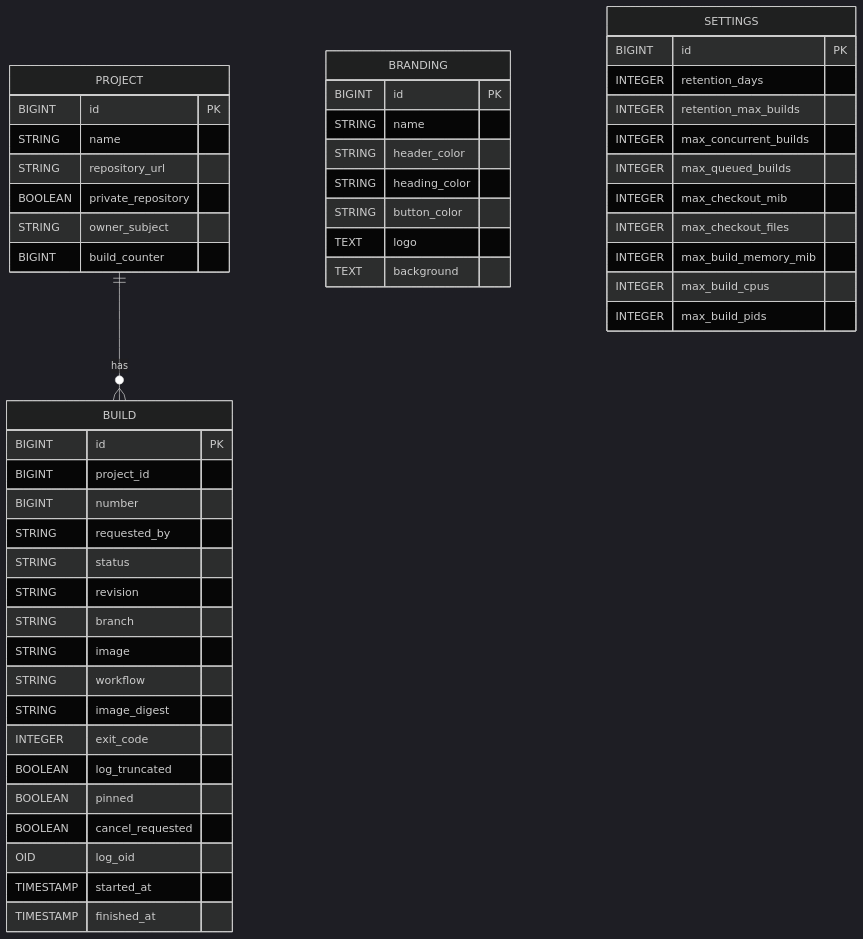
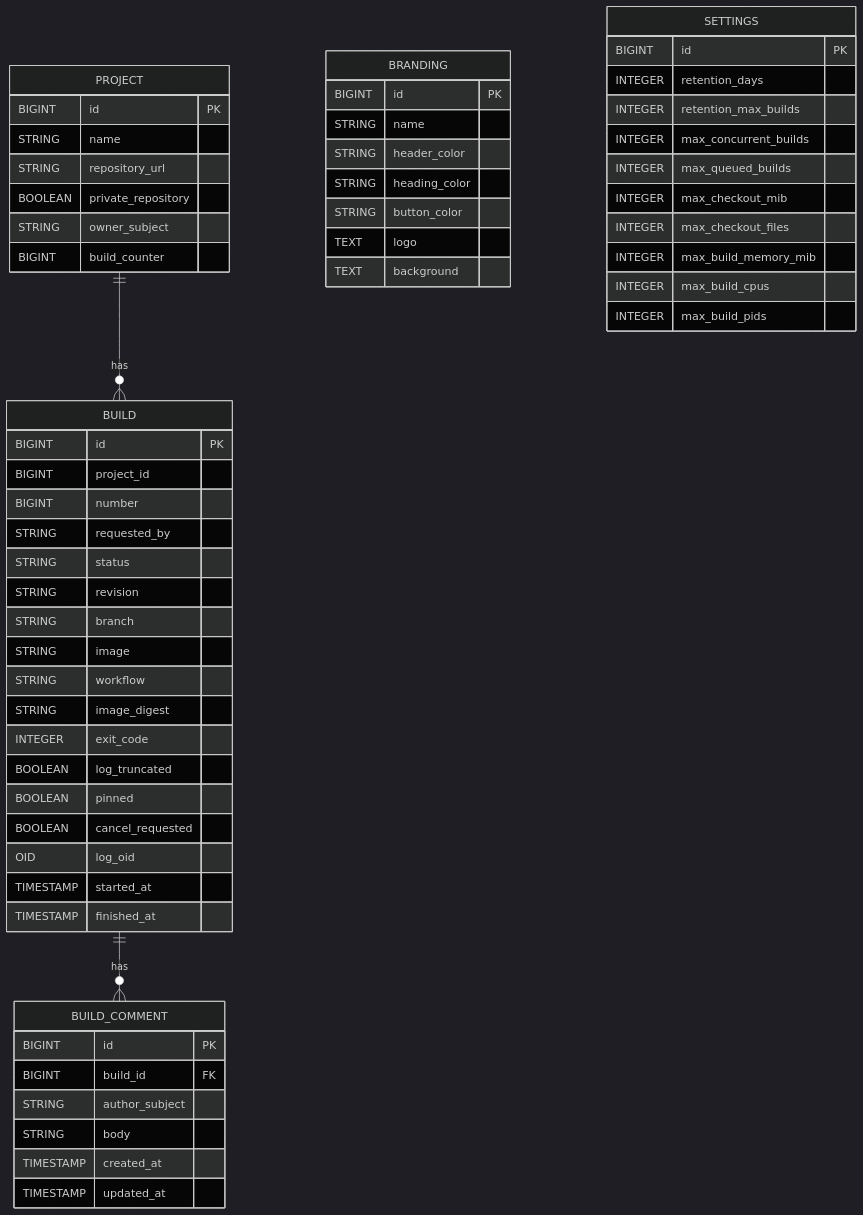
One commit to Mohamed-Alkafory/cisys changed the diagram in docs/manual/en/72-architecture.md. Above: the diagram before and after it, drawn with Mermaid (dark theme). The commit also changed other lines of this file and 14 other files, not shown here.

````diff
--- a/docs/manual/en/72-architecture.md
+++ b/docs/manual/en/72-architecture.md
@@ -32,56 +32,66 @@
 ```mermaid
 erDiagram
     PROJECT {
         BIGINT id PK
         STRING name
         STRING repository_url
         BOOLEAN private_repository
         STRING owner_subject
         BIGINT build_counter
     }
 
     BUILD {
         BIGINT id PK
         BIGINT project_id
         BIGINT number
         STRING requested_by
         STRING status
         STRING revision
         STRING branch
         STRING image
         STRING workflow
         STRING image_digest
         INTEGER exit_code
         BOOLEAN log_truncated
         BOOLEAN pinned
         BOOLEAN cancel_requested
         OID log_oid
         TIMESTAMP started_at
         TIMESTAMP finished_at
     }
 
     BRANDING {
         BIGINT id PK
         STRING name
         STRING header_color
         STRING heading_color
         STRING button_color
         TEXT logo
         TEXT background
     }
 
     SETTINGS {
         BIGINT id PK
         INTEGER retention_days
         INTEGER retention_max_builds
         INTEGER max_concurrent_builds
         INTEGER max_queued_builds
         INTEGER max_checkout_mib
         INTEGER max_checkout_files
         INTEGER max_build_memory_mib
         INTEGER max_build_cpus
         INTEGER max_build_pids
     }
 
+    BUILD_COMMENT {
+        BIGINT id PK
+        BIGINT build_id FK
+        STRING author_subject
+        STRING body
+        TIMESTAMP created_at
+        TIMESTAMP updated_at
+    }
+
     PROJECT ||--o{ BUILD : has
+    BUILD ||--o{ BUILD_COMMENT : has
 ```
````
